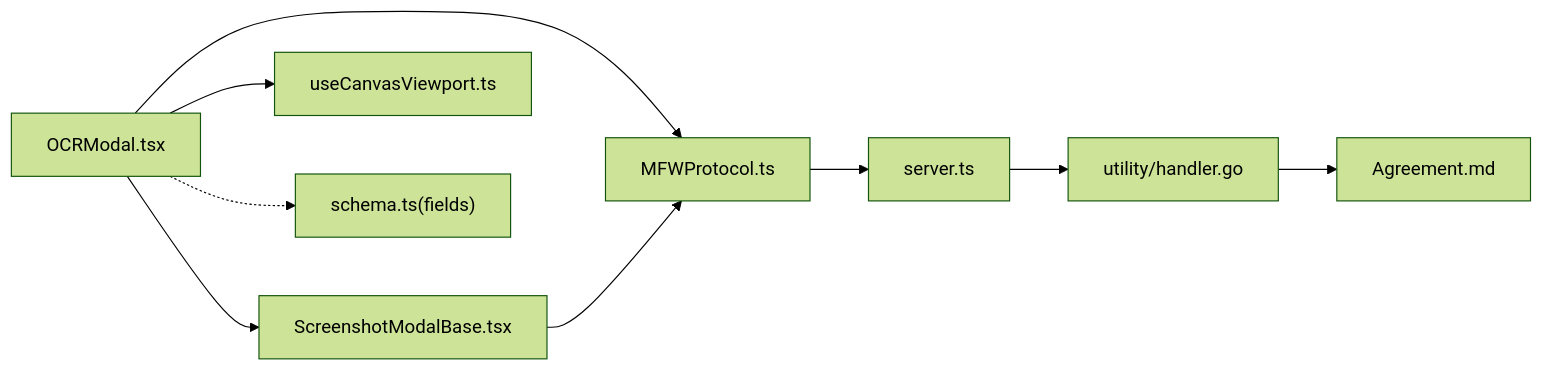
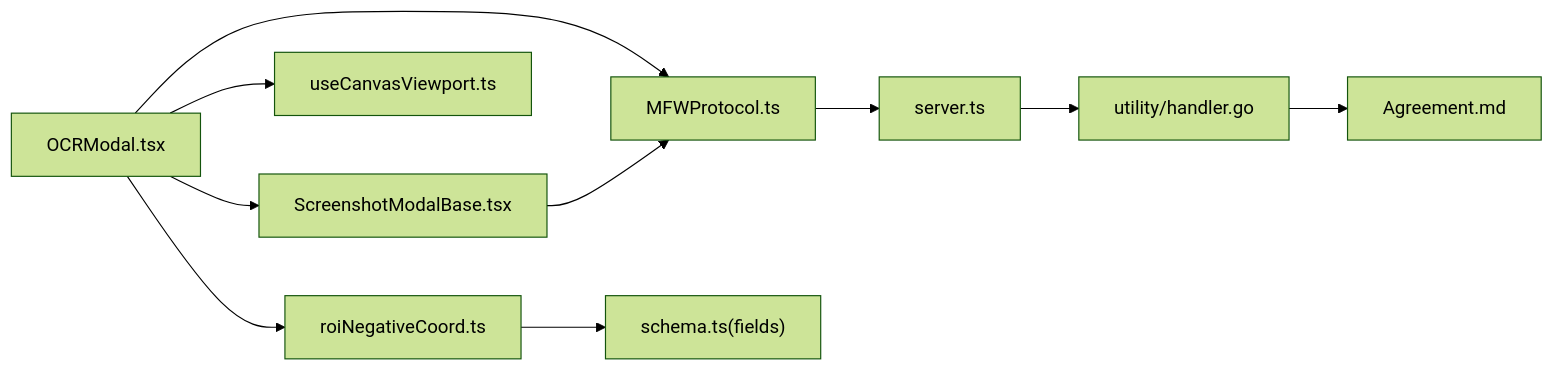
The fifth of 5 diagrams in .qoder/repowiki/zh/content/核心概念/OCR识别模态框.md (kqcoxn/MaaPipelineEditor), drawn with Mermaid (forest theme) before and after one commit. The commit also changed other lines of this file and 9 other files, not shown here.

````diff
--- a/.qoder/repowiki/zh/content/核心概念/OCR识别模态框.md
+++ b/.qoder/repowiki/zh/content/核心概念/OCR识别模态框.md
@@ -264,11 +350,12 @@
 ```mermaid
 graph LR
 OCR["OCRModal.tsx"] --> Base["ScreenshotModalBase.tsx"]
 OCR --> Hook["useCanvasViewport.ts"]
 OCR --> Proto["MFWProtocol.ts"]
+OCR --> Utils["roiNegativeCoord.ts"]
 Base --> Proto
 Proto --> WS["server.ts"]
 WS --> UH["utility/handler.go"]
 UH --> AG["Agreement.md"]
-OCR -.-> SC["schema.ts(fields)"]
+Utils --> SC["schema.ts(fields)"]
 ```
````
